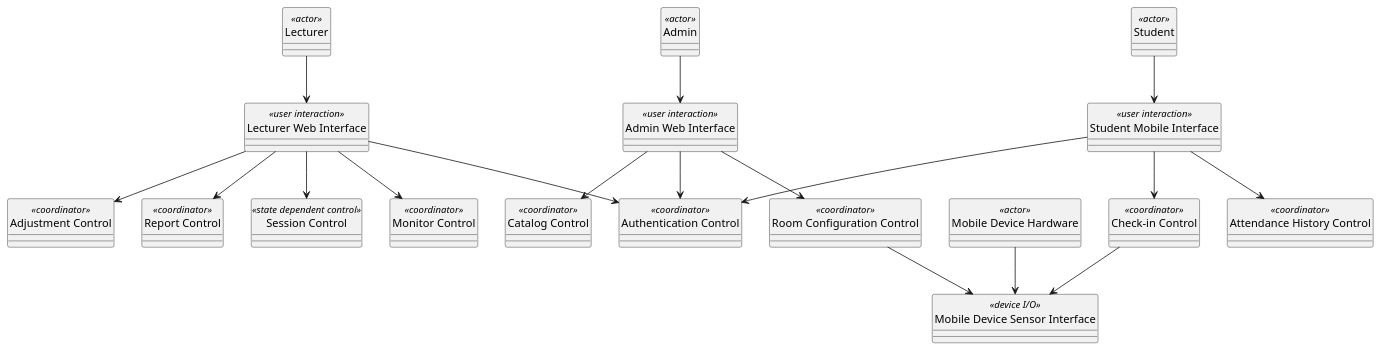
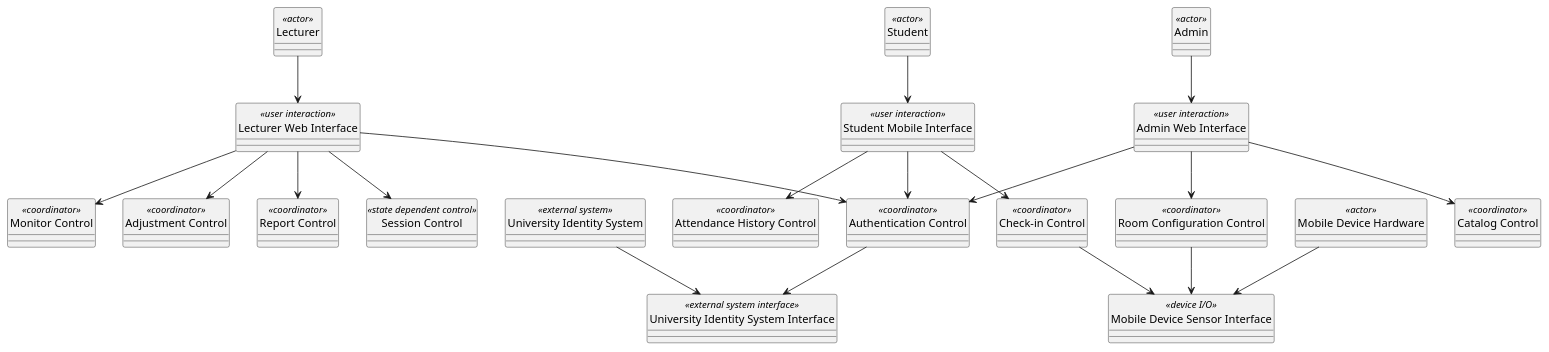
The second of 29 diagrams in docs/sds/2_Analysis.md (nttung42/SWD392), drawn with PlantUML before and after one commit. The commit also changed other lines of this file and 5 other files, not shown here.

````diff
--- a/docs/sds/2_Analysis.md
+++ b/docs/sds/2_Analysis.md
@@ -152,46 +152,50 @@
 ```plantuml
 @startuml
 skinparam style strictuml
 hide circle
 
 class "Student" as Student <<actor>>
 class "Lecturer" as Lecturer <<actor>>
 class "Admin" as Admin <<actor>>
 class "Mobile Device Hardware" as MobileHardware <<actor>>
+class "University Identity System" as UIS <<external system>>
 
 class "Student Mobile Interface" as StudentUI <<user interaction>>
 class "Lecturer Web Interface" as LecturerUI <<user interaction>>
 class "Admin Web Interface" as AdminUI <<user interaction>>
 class "Mobile Device Sensor Interface" as MobileSensor <<device I/O>>
+class "University Identity System Interface" as UISInterface <<external system interface>>
 
 class "Authentication Control" as AuthControl <<coordinator>>
 class "Check-in Control" as CheckInControl <<coordinator>>
 class "Session Control" as SessionControl <<state dependent control>>
 class "Attendance History Control" as HistoryControl <<coordinator>>
 class "Monitor Control" as MonitorControl <<coordinator>>
 class "Adjustment Control" as AdjustmentControl <<coordinator>>
 class "Report Control" as ReportControl <<coordinator>>
 class "Catalog Control" as CatalogControl <<coordinator>>
 class "Room Configuration Control" as RoomControl <<coordinator>>
 
 Student --> StudentUI
 Lecturer --> LecturerUI
 Admin --> AdminUI
 MobileHardware --> MobileSensor
+UIS --> UISInterface
 
 StudentUI --> AuthControl
 StudentUI --> CheckInControl
 StudentUI --> HistoryControl
 LecturerUI --> AuthControl
 LecturerUI --> SessionControl
 LecturerUI --> MonitorControl
 LecturerUI --> AdjustmentControl
 LecturerUI --> ReportControl
 AdminUI --> AuthControl
 AdminUI --> CatalogControl
 AdminUI --> RoomControl
 
+AuthControl --> UISInterface
 CheckInControl --> MobileSensor
 RoomControl --> MobileSensor
 @enduml
 ```
````
